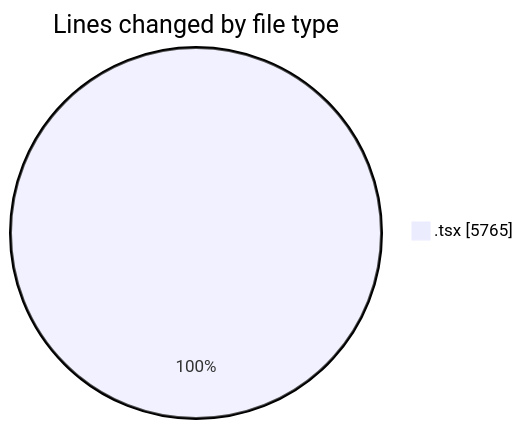
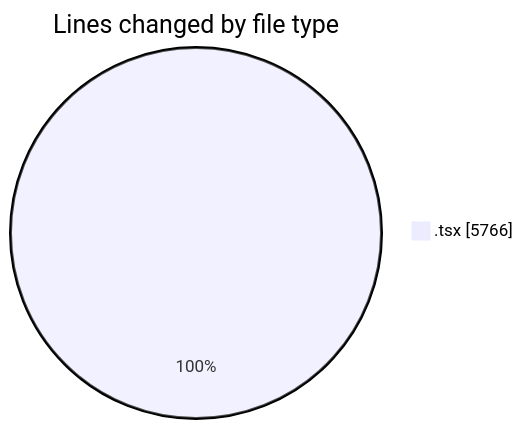
One commit to momahboobian/code-tracking changed the first of 2 diagrams in 2025-12-04/cda/README.md. Above: the diagram before and after it, drawn with Mermaid. The commit also changed other lines of this file and 1 other file, not shown here.

````diff
--- a/2025-12-04/cda/README.md
+++ b/2025-12-04/cda/README.md
@@ -22,5 +22,5 @@
 ```mermaid
 pie showData
 title Lines changed by file type
-".tsx" : 5765
+".tsx" : 5766
 ```
````
